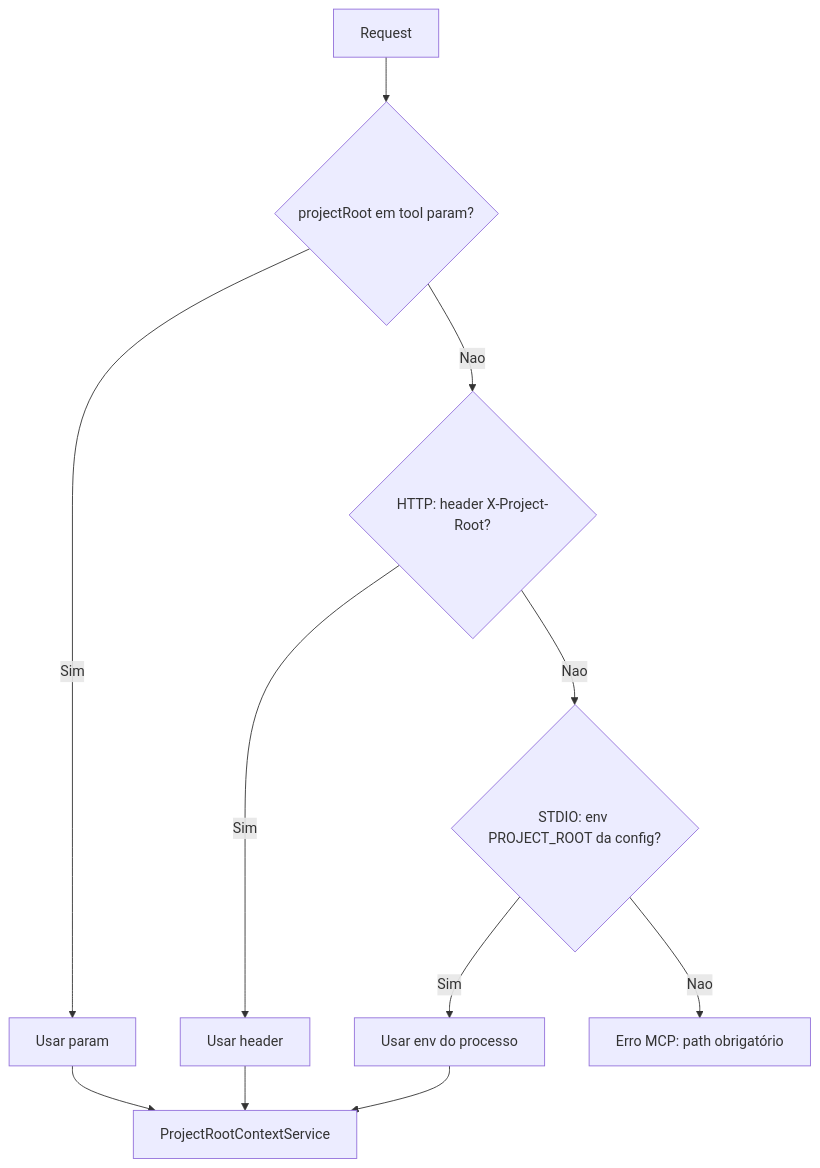
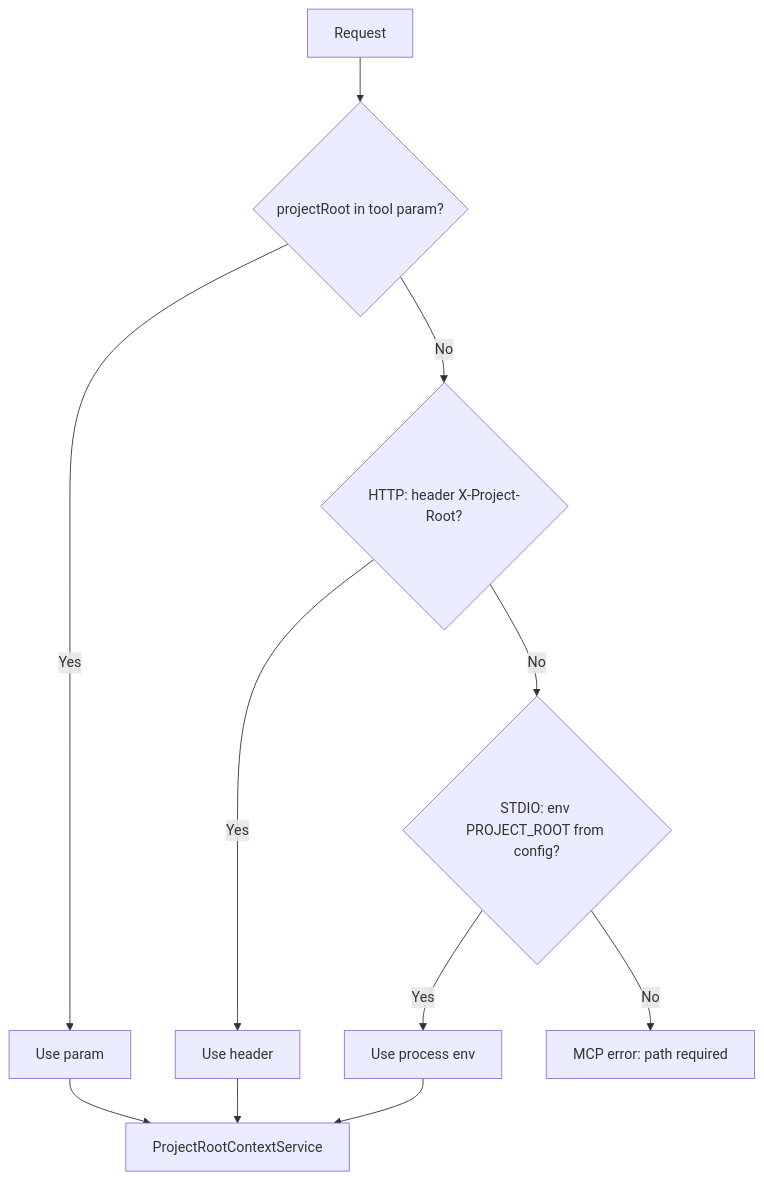
The fourth of 12 diagrams in docs/MCP-FLOWS-AND-ARCHITECTURE.md (hbarbosa02/alaz-mcp-nestjs), drawn with Mermaid before and after one commit. The commit also changed other lines of this file and 4 other files, not shown here.

First line of the commit message:
docs(documentation): add alaz://modules endpoints, fix STDIO config, translate MCP docs, update diagrams

````diff
--- a/docs/MCP-FLOWS-AND-ARCHITECTURE.md
+++ b/docs/MCP-FLOWS-AND-ARCHITECTURE.md
@@ -126,13 +126,13 @@
 ```mermaid
 flowchart TD
-    A[Request] --> B{projectRoot em tool param?}
-    B -->|Sim| C[Usar param]
-    B -->|Nao| D{HTTP: header X-Project-Root?}
-    D -->|Sim| E[Usar header]
-    D -->|Nao| F{STDIO: env PROJECT_ROOT da config?}
-    F -->|Sim| G[Usar env do processo]
-    F -->|Nao| H[Erro MCP: path obrigatório]
+    A[Request] --> B{projectRoot in tool param?}
+    B -->|Yes| C[Use param]
+    B -->|No| D{HTTP: header X-Project-Root?}
+    D -->|Yes| E[Use header]
+    D -->|No| F{STDIO: env PROJECT_ROOT from config?}
+    F -->|Yes| G[Use process env]
+    F -->|No| H[MCP error: path required]
     C --> I[ProjectRootContextService]
     E --> I
     G --> I
 ```
````
